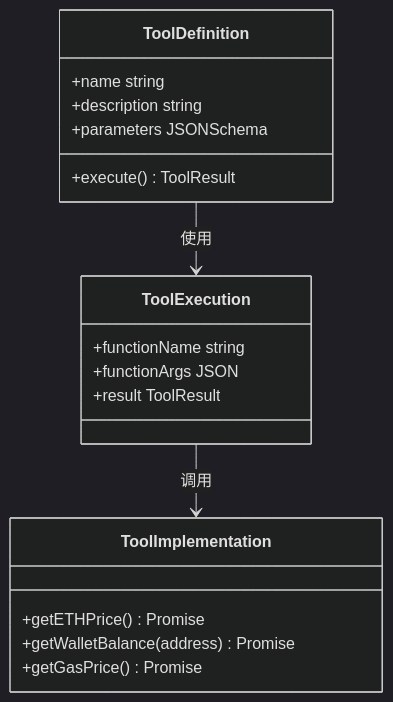
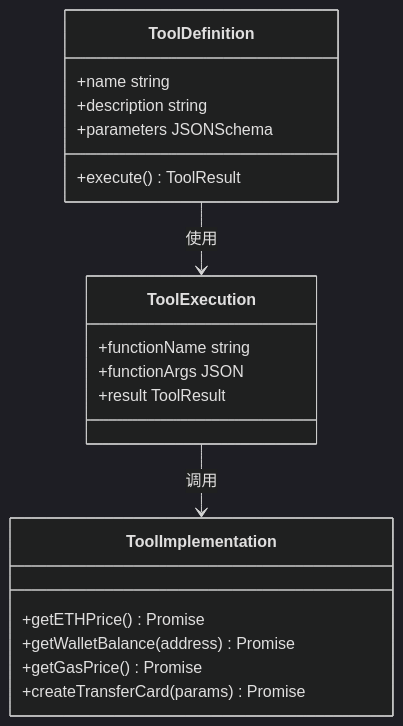
Before and after one commit to CryptoLinxu/Web3-AI-Agent: diagram 25 of 35 in .qoder/repowiki/zh/content/核心技能详解/SSE流式聊天系统.md, drawn with Mermaid (dark theme). The commit also changed other lines of this file and 7 other files, not shown here.

Commit message:
eat(transfer-card): 实现 ERC20 approve 完整流程" -m "扩展 ERC20_ABI 增加 allowance 和 approve 新增 useReadContract 检查授权额度 allowance 不足时自动显示授权步骤 approve 成功后自动发起 transfer 新增 approving 状态和授权 UI 按钮 类型 TransferStatus 新增 approving

````diff
--- a/.qoder/repowiki/zh/content/核心技能详解/SSE流式聊天系统.md
+++ b/.qoder/repowiki/zh/content/核心技能详解/SSE流式聊天系统.md
@@ -980,21 +1261,22 @@
 ```mermaid
 classDiagram
 class ToolDefinition {
 +name string
 +description string
 +parameters JSONSchema
 +execute() ToolResult
 }
 class ToolExecution {
 +functionName string
 +functionArgs JSON
 +result ToolResult
 }
 class ToolImplementation {
 +getETHPrice() Promise
 +getWalletBalance(address) Promise
 +getGasPrice() Promise
++createTransferCard(params) Promise
 }
 ToolDefinition --> ToolExecution : 使用
 ToolExecution --> ToolImplementation : 调用
 ```
````
